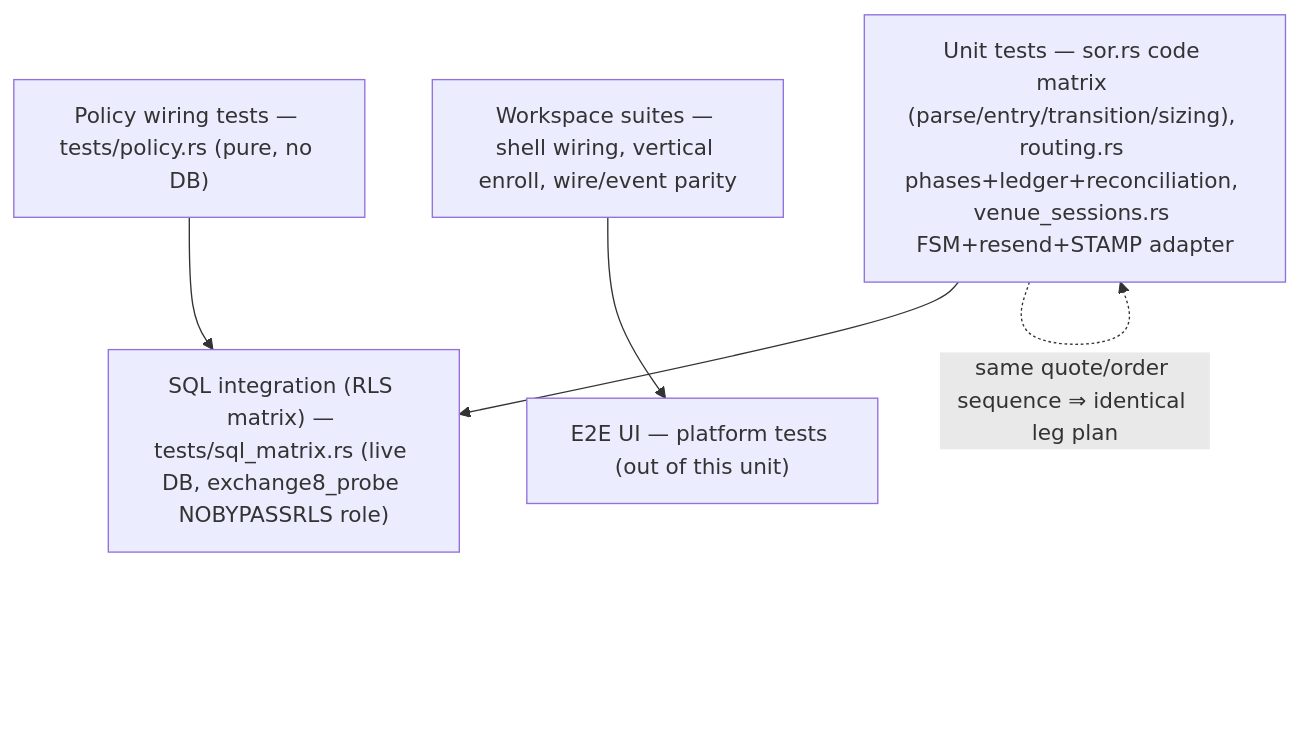
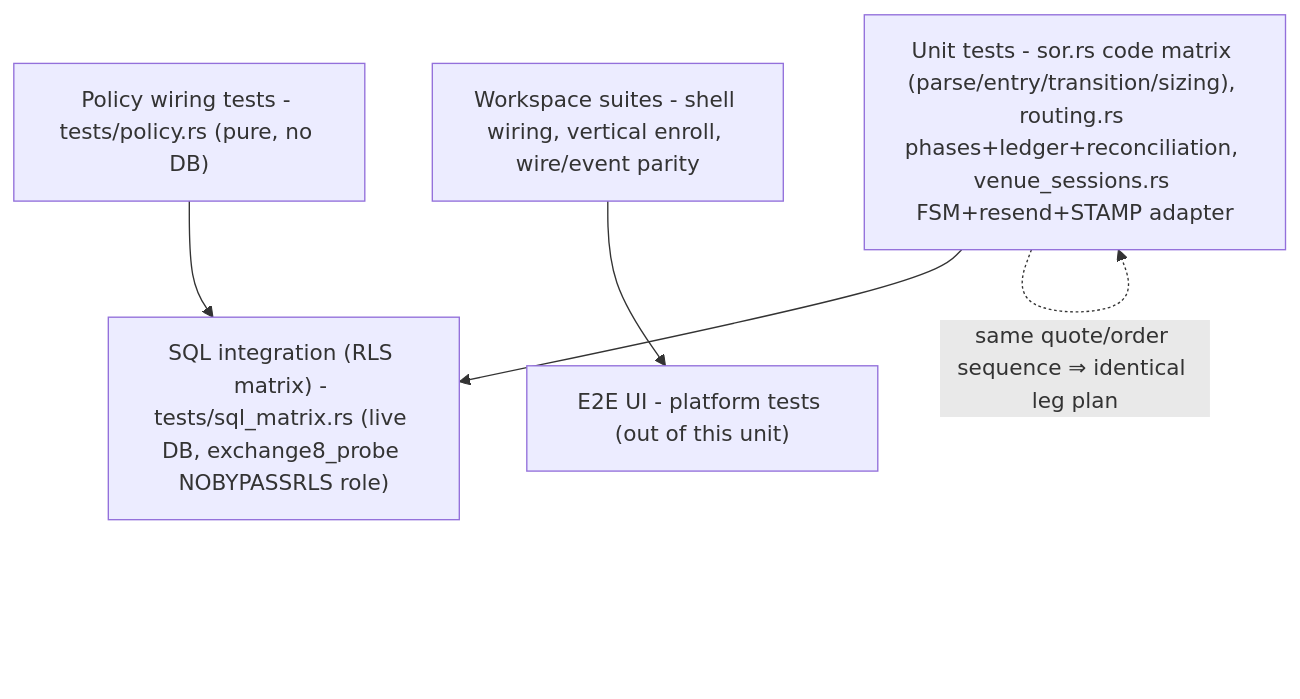
Diagram 16 of 16 in DESIGN.md (Exchange8-dev/exchange8-sor), drawn with Mermaid before and after one commit. The commit also changed other lines of this file and 18 other files, not shown here.

````diff
--- a/DESIGN.md
+++ b/DESIGN.md
@@ -803,12 +803,12 @@
 ```mermaid
 graph TD
-    U["Unit tests — sor.rs code matrix (parse/entry/transition/sizing), routing.rs phases+ledger+reconciliation, venue_sessions.rs FSM+resend+STAMP adapter"]
-    P["Policy wiring tests — tests/policy.rs (pure, no DB)"]
-    S["SQL integration (RLS matrix) — tests/sql_matrix.rs (live DB, exchange8_probe NOBYPASSRLS role)"]
-    G["Workspace suites — shell wiring, vertical enroll, wire/event parity"]
-    E2EUI["E2E UI — platform tests (out of this unit)"]
+    U["Unit tests - sor.rs code matrix (parse/entry/transition/sizing), routing.rs phases+ledger+reconciliation, venue_sessions.rs FSM+resend+STAMP adapter"]
+    P["Policy wiring tests - tests/policy.rs (pure, no DB)"]
+    S["SQL integration (RLS matrix) - tests/sql_matrix.rs (live DB, exchange8_probe NOBYPASSRLS role)"]
+    G["Workspace suites - shell wiring, vertical enroll, wire/event parity"]
+    E2EUI["E2E UI - platform tests (out of this unit)"]
     U --> S
     P --> S
     G --> E2EUI
     U -.->|"same quote/order sequence ⇒ identical leg plan"| U
 ```
````
